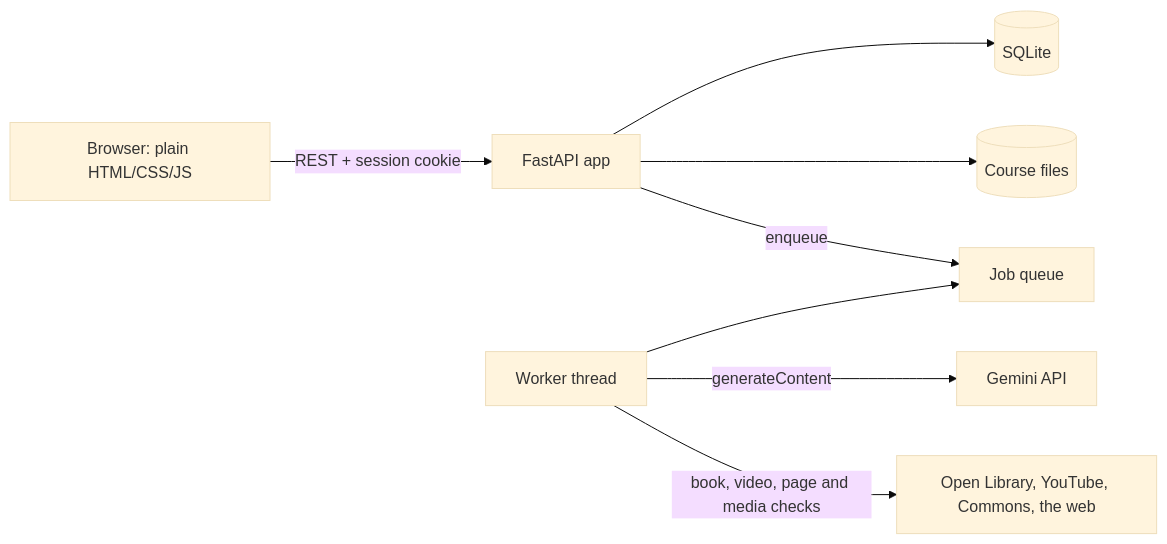
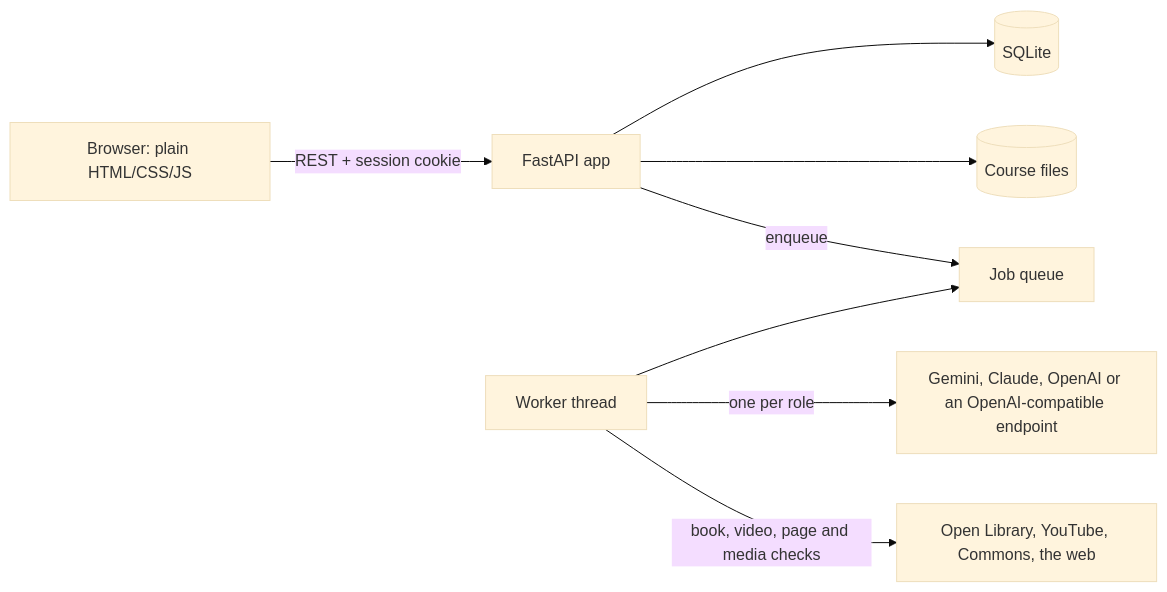
One commit to pmsosa/knwlge changed the diagram in README.md. Above: the diagram before and after it, drawn with Mermaid (base theme). The commit also changed other lines of this file and 46 other files, not shown here.

````diff
--- a/README.md
+++ b/README.md
@@ -138,10 +168,10 @@
 ```mermaid
 flowchart LR
   B[Browser: plain HTML/CSS/JS] -->|REST + session cookie| A[FastAPI app]
   A --> D[(SQLite)]
   A --> F[(Course files)]
   A -->|enqueue| J[Job queue]
   W[Worker thread] --> J
-  W -->|generateContent| G[Gemini API]
+  W -->|one per role| G[Gemini, Claude, OpenAI or an OpenAI-compatible endpoint]
   W -->|book, video, page and media checks| N[Open Library, YouTube, Commons, the web]
 ```
````
